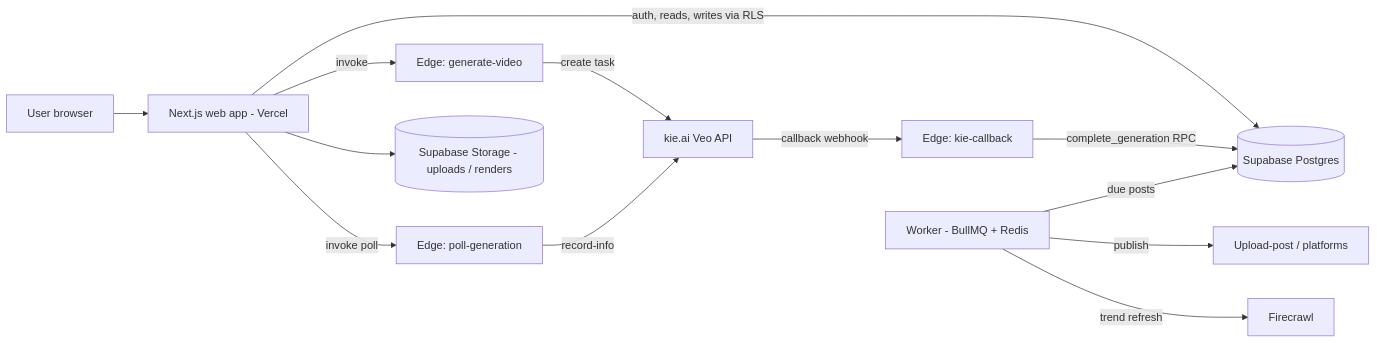
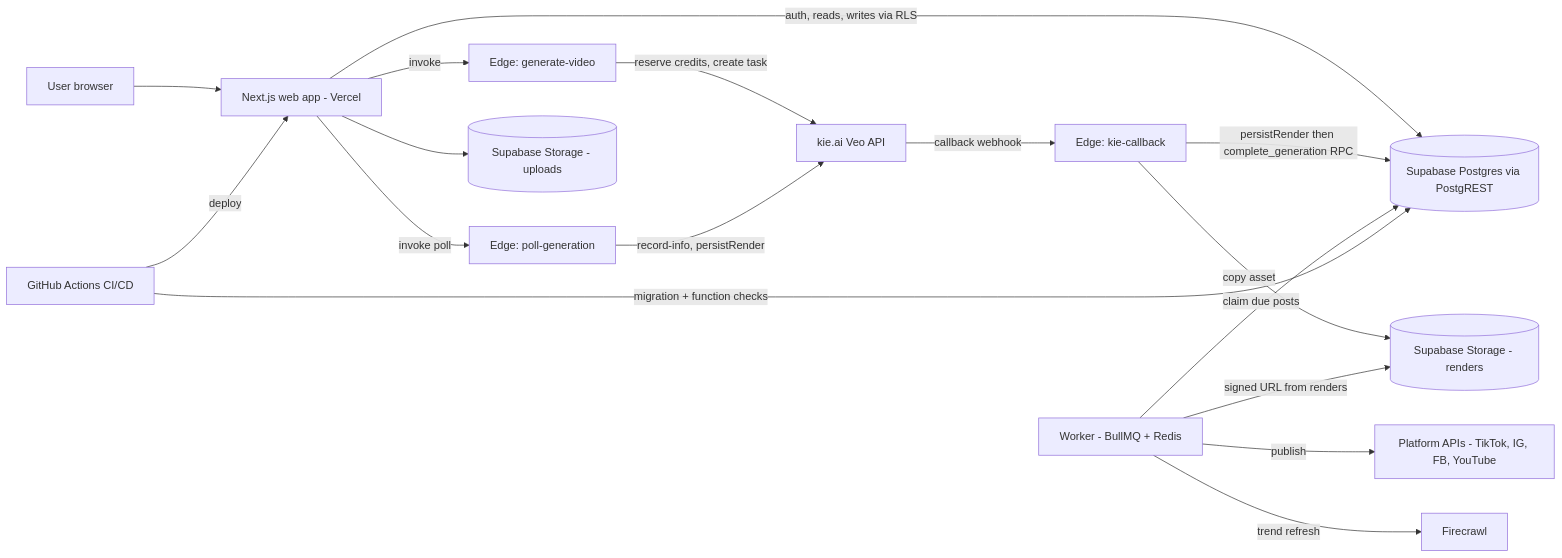
One commit to Ferousco-dev/beyond-social changed the first of 4 diagrams in docs/production-readiness.md. Above: the diagram before and after it, drawn with Mermaid. The commit also changed other lines of this file, not shown here.

````diff
--- a/docs/production-readiness.md
+++ b/docs/production-readiness.md
@@ -282,15 +404,19 @@
 ```mermaid
 flowchart LR
   U[User browser] --> W[Next.js web app - Vercel]
-  W -->|auth, reads, writes via RLS| DB[(Supabase Postgres)]
+  W -->|auth, reads, writes via RLS| DB[(Supabase Postgres via PostgREST)]
   W -->|invoke| GV[Edge: generate-video]
   W -->|invoke poll| PG[Edge: poll-generation]
-  GV -->|create task| KIE[kie.ai Veo API]
+  GV -->|reserve credits, create task| KIE[kie.ai Veo API]
   KIE -->|callback webhook| CB[Edge: kie-callback]
-  CB -->|complete_generation RPC| DB
-  PG -->|record-info| KIE
-  W --> ST[(Supabase Storage - uploads / renders)]
-  WK[Worker - BullMQ + Redis] -->|due posts| DB
-  WK -->|publish| UP[Upload-post / platforms]
+  CB -->|persistRender then complete_generation RPC| DB
+  CB -->|copy asset| ST[(Supabase Storage - renders)]
+  PG -->|record-info, persistRender| KIE
+  W --> UP1[(Supabase Storage - uploads)]
+  WK[Worker - BullMQ + Redis] -->|claim due posts| DB
+  WK -->|signed URL from renders| ST
+  WK -->|publish| SOC["Platform APIs - TikTok, IG, FB, YouTube"]
   WK -->|trend refresh| FC[Firecrawl]
+  CI[GitHub Actions CI/CD] -->|deploy| W
+  CI -->|migration + function checks| DB
 ```
````
